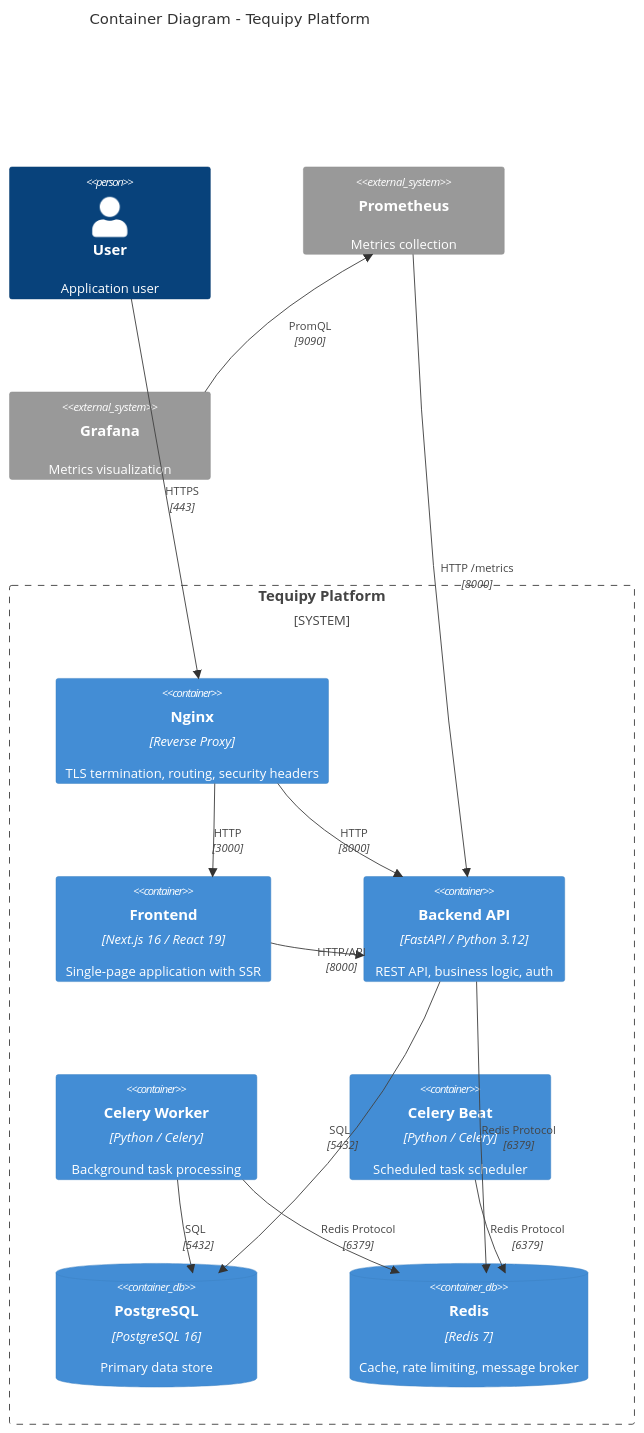
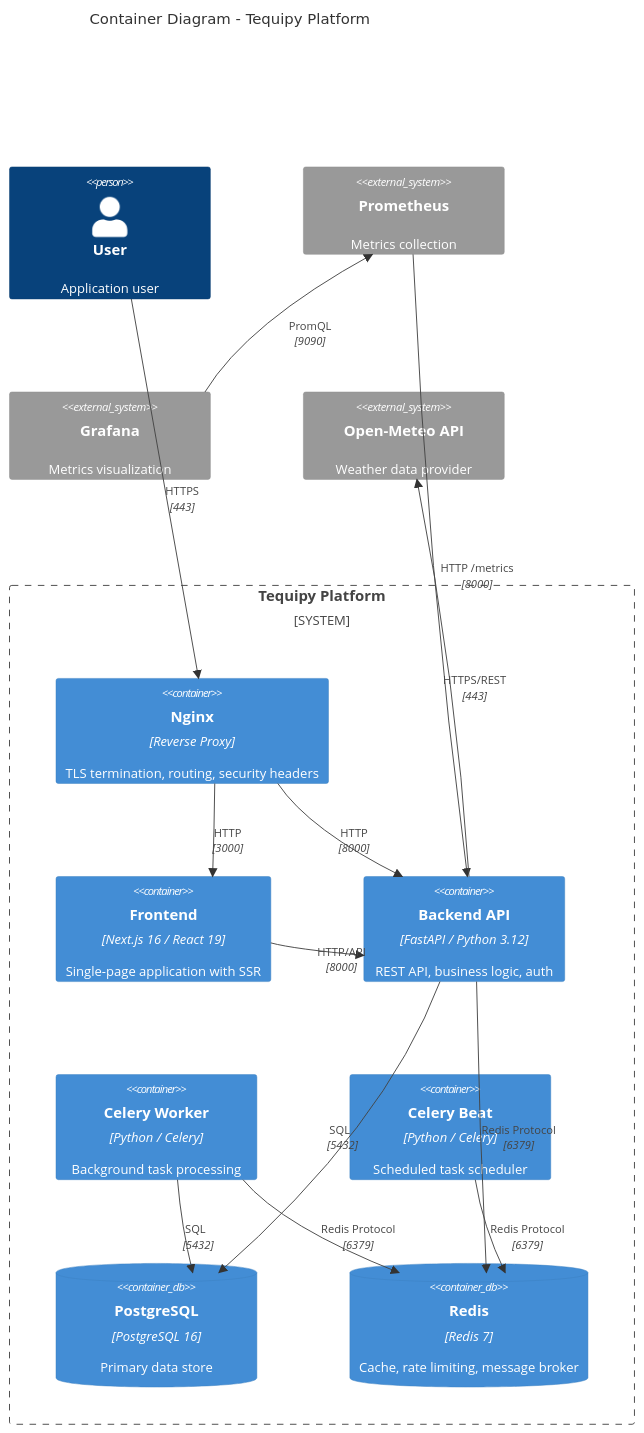
The diagram in docs/architecture/02-container-architecture.md (matadcze/tequipy), drawn with Mermaid before and after one commit. The commit also changed other lines of this file and 6 other files, not shown here.

First line of the commit message:
docs: add architecture documentation for weather API integration

````diff
--- a/docs/architecture/02-container-architecture.md
+++ b/docs/architecture/02-container-architecture.md
@@ -9,31 +9,33 @@
 ```mermaid
 C4Container
     title Container Diagram - Tequipy Platform
 
     Person(user, "User", "Application user")
 
     System_Boundary(tequipy, "Tequipy Platform") {
         Container(nginx, "Nginx", "Reverse Proxy", "TLS termination, routing, security headers")
         Container(frontend, "Frontend", "Next.js 16 / React 19", "Single-page application with SSR")
         Container(backend, "Backend API", "FastAPI / Python 3.12", "REST API, business logic, auth")
         Container(worker, "Celery Worker", "Python / Celery", "Background task processing")
         Container(beat, "Celery Beat", "Python / Celery", "Scheduled task scheduler")
         ContainerDb(postgres, "PostgreSQL", "PostgreSQL 16", "Primary data store")
         ContainerDb(redis, "Redis", "Redis 7", "Cache, rate limiting, message broker")
     }
 
     System_Ext(prometheus, "Prometheus", "Metrics collection")
     System_Ext(grafana, "Grafana", "Metrics visualization")
+    System_Ext(openmeteo, "Open-Meteo API", "Weather data provider")
 
     Rel(user, nginx, "HTTPS", "443")
     Rel(nginx, frontend, "HTTP", "3000")
     Rel(nginx, backend, "HTTP", "8000")
     Rel(frontend, backend, "HTTP/API", "8000")
     Rel(backend, postgres, "SQL", "5432")
     Rel(backend, redis, "Redis Protocol", "6379")
     Rel(worker, postgres, "SQL", "5432")
     Rel(worker, redis, "Redis Protocol", "6379")
     Rel(beat, redis, "Redis Protocol", "6379")
     Rel(prometheus, backend, "HTTP /metrics", "8000")
     Rel(grafana, prometheus, "PromQL", "9090")
+    Rel(backend, openmeteo, "HTTPS/REST", "443")
 ```
````
